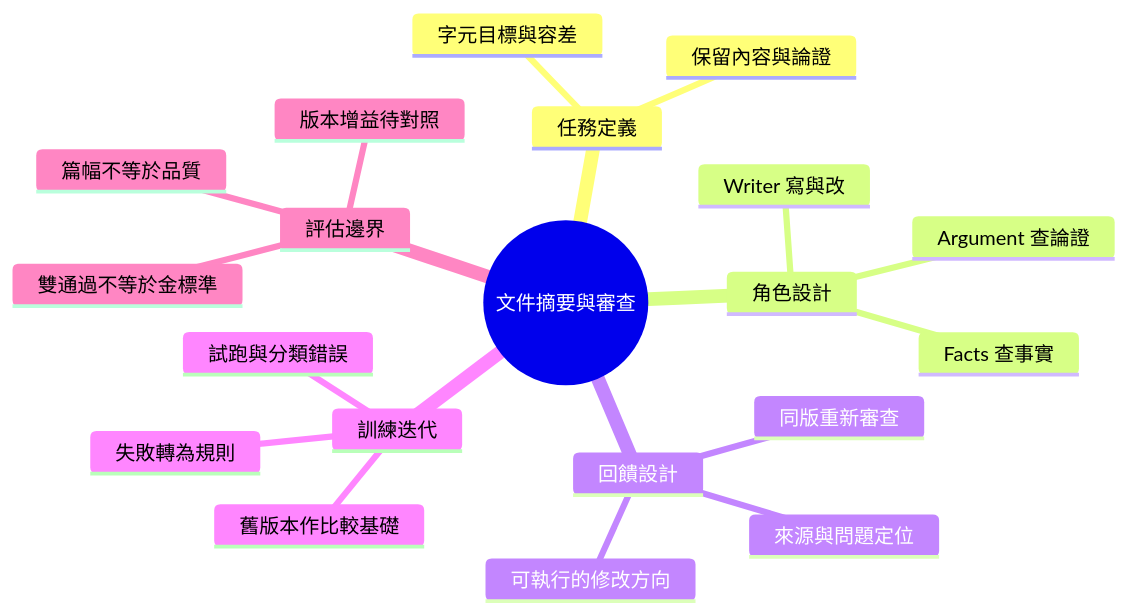
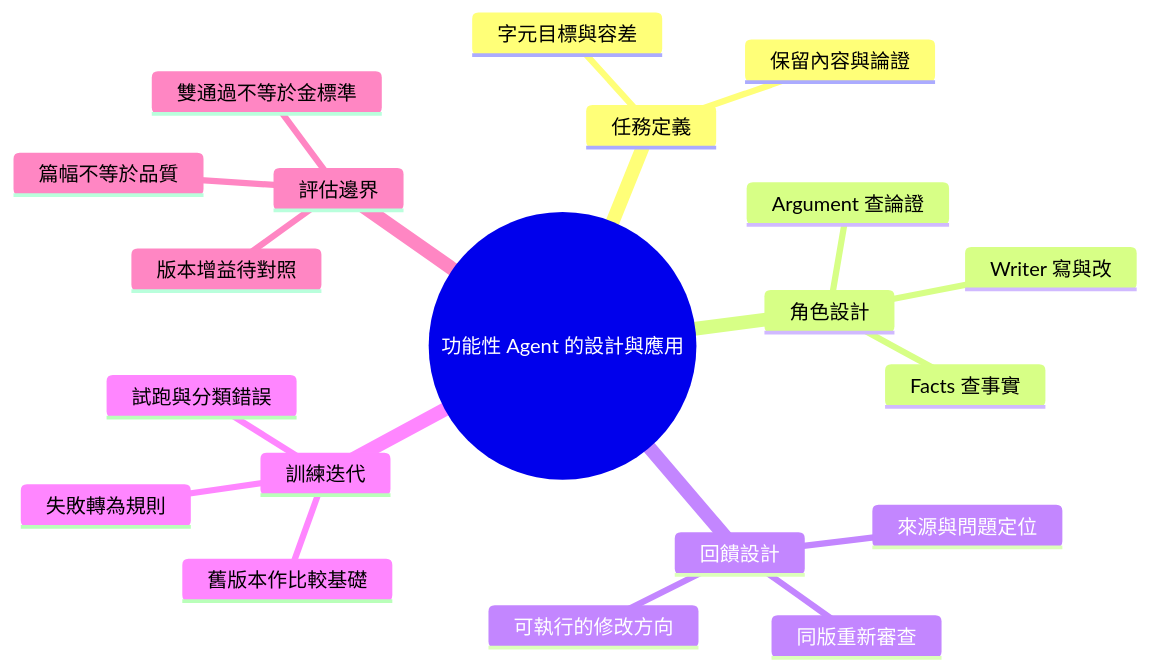
One commit to minxinchen/document-compression-lab changed the second of 2 diagrams in README.md. Above: the diagram before and after it, drawn with Mermaid. The commit also changed other lines of this file, not shown here.

Commit message:
Frame portfolio around functional agent design and application

````diff
--- a/README.md
+++ b/README.md
@@ -79,23 +77,23 @@
 ```mermaid
 mindmap
-  root((文件摘要與審查))
+  root((功能性 Agent 的設計與應用))
     任務定義
       保留內容與論證
       字元目標與容差
     角色設計
       Writer 寫與改
       Facts 查事實
       Argument 查論證
     回饋設計
       來源與問題定位
       可執行的修改方向
       同版重新審查
     訓練迭代
       試跑與分類錯誤
       失敗轉為規則
       舊版本作比較基礎
     評估邊界
       篇幅不等於品質
       雙通過不等於金標準
       版本增益待對照
 ```
````
